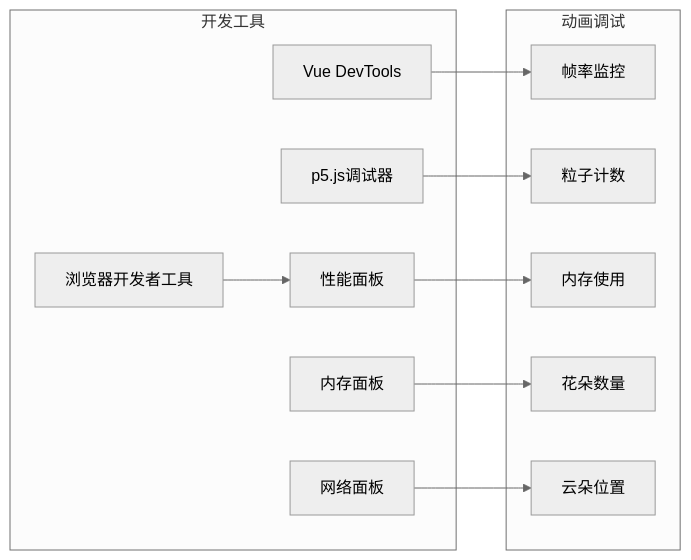
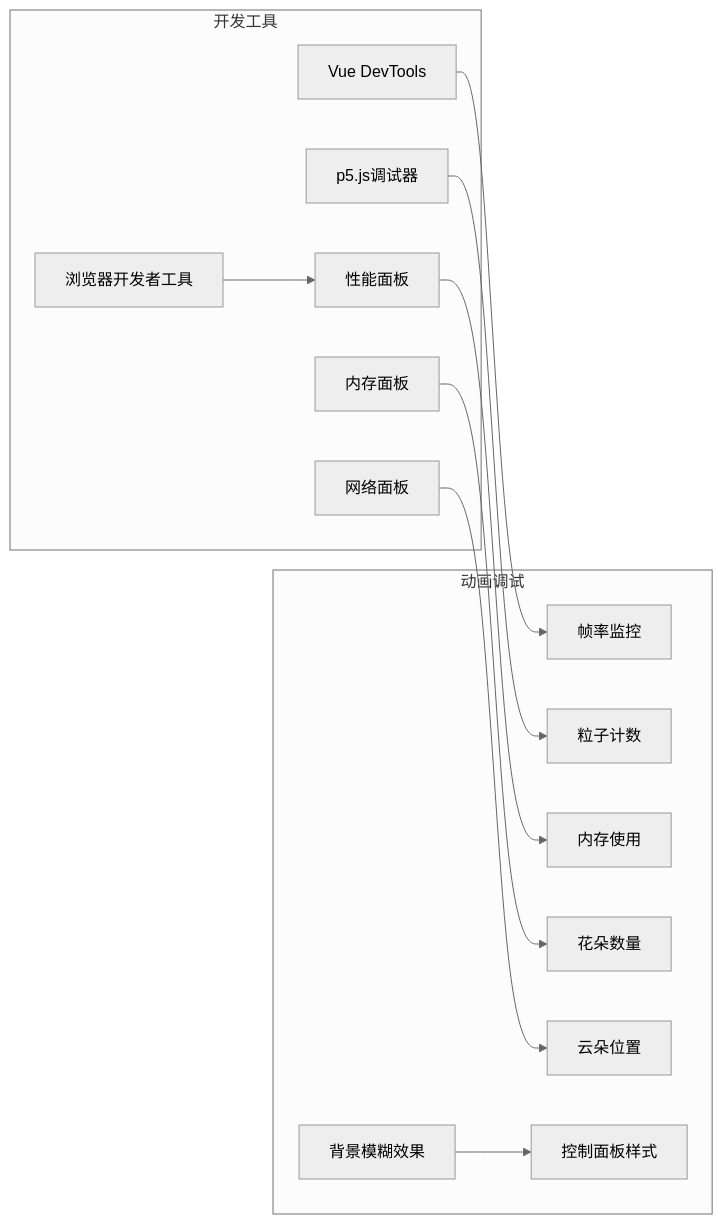
Diagram 13 of 13 in .qoder/repowiki/zh/content/技术架构/Canvas动画系统/Canvas动画系统.md (yuyezhizhi/yuyezhizhi.github.io), drawn with Mermaid (neutral theme) before and after one commit. The commit also changed other lines of this file and 31 other files, not shown here.

````diff
--- a/.qoder/repowiki/zh/content/技术架构/Canvas动画系统/Canvas动画系统.md
+++ b/.qoder/repowiki/zh/content/技术架构/Canvas动画系统/Canvas动画系统.md
@@ -565,24 +644,27 @@
 ```mermaid
 flowchart LR
 subgraph "开发工具"
 A[浏览器开发者工具]
 B[Vue DevTools]
 C[p5.js调试器]
 D[性能面板]
 E[内存面板]
 F[网络面板]
 end
 subgraph "动画调试"
 G[帧率监控]
 H[粒子计数]
 I[内存使用]
 J[花朵数量]
 K[云朵位置]
+L[背景模糊效果]
+M[控制面板样式]
 end
 A --> D
 B --> G
 C --> H
 D --> I
 E --> J
 F --> K
+L --> M
 ```
````
